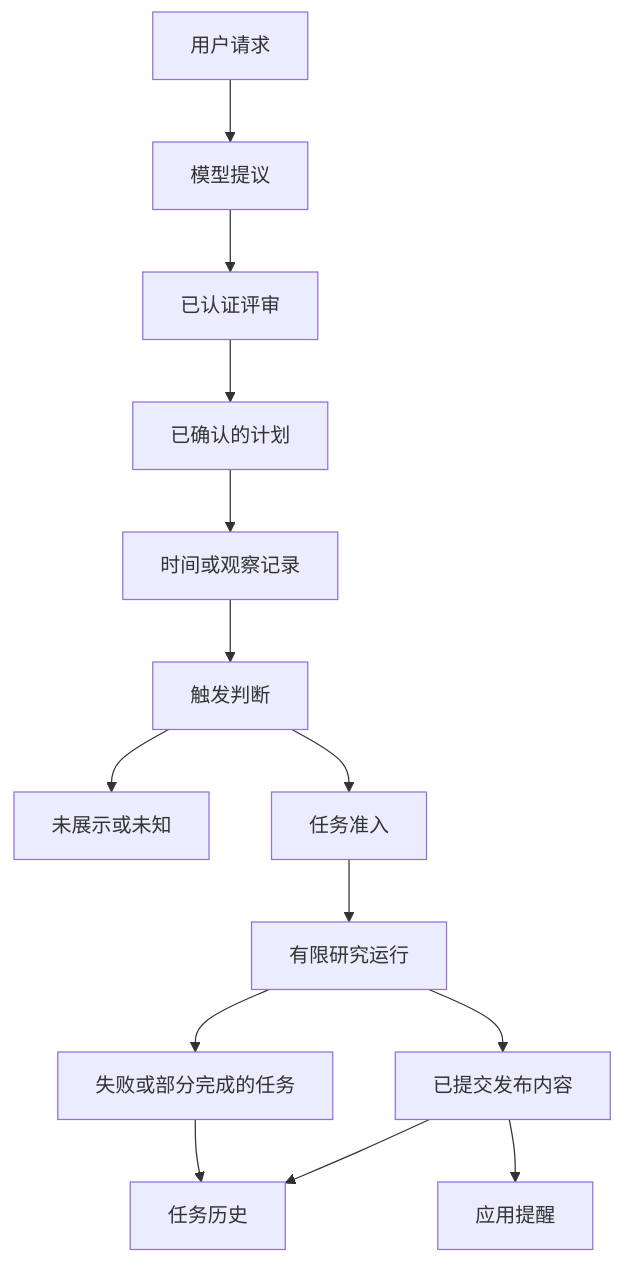
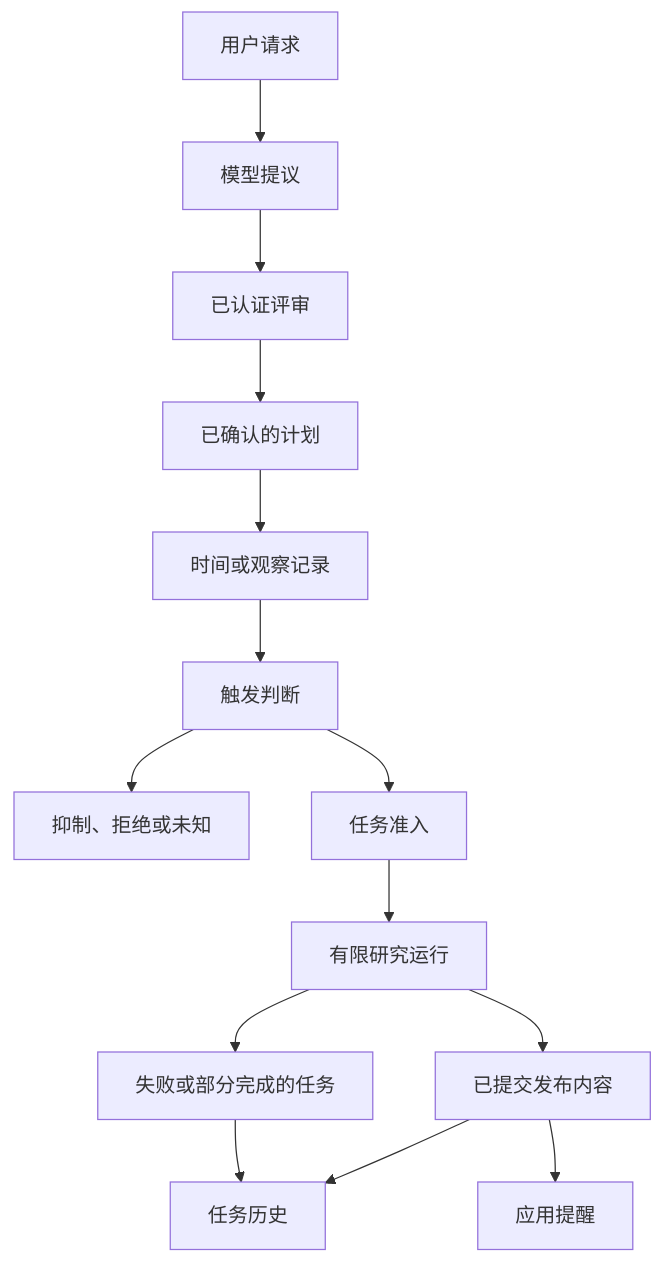
The diagram in articles/agent-autonomous-scheduled-research.md (hpoenixf/eff-agent-article), drawn with Mermaid before and after one commit. The commit also changed other lines of this file and 47 other files, not shown here.

````diff
--- a/articles/agent-autonomous-scheduled-research.md
+++ b/articles/agent-autonomous-scheduled-research.md
@@ -101,16 +28,16 @@
 ```mermaid
 graph TD
 UserRequest["用户请求"] --> ModelProposal["模型提议"]
 ModelProposal --> AuthenticatedReview["已认证评审"]
 AuthenticatedReview --> ConfirmedSchedule["已确认的计划"]
 ConfirmedSchedule --> TimeOrObservation["时间或观察记录"]
 TimeOrObservation --> TriggerDecision["触发判断"]
-TriggerDecision --> SuppressedOrUnknown["未展示或未知"]
+TriggerDecision --> SuppressedOrUnknown["抑制、拒绝或未知"]
 TriggerDecision --> TaskAdmission["任务准入"]
 TaskAdmission --> FiniteResearchRun["有限研究运行"]
 FiniteResearchRun --> CommittedPublication["已提交发布内容"]
 FiniteResearchRun --> FailedOrPartialTask["失败或部分完成的任务"]
 FailedOrPartialTask --> TaskHistory["任务历史"]
 CommittedPublication --> TaskHistory
 CommittedPublication --> AppNotice["应用提醒"]
 ```
````
